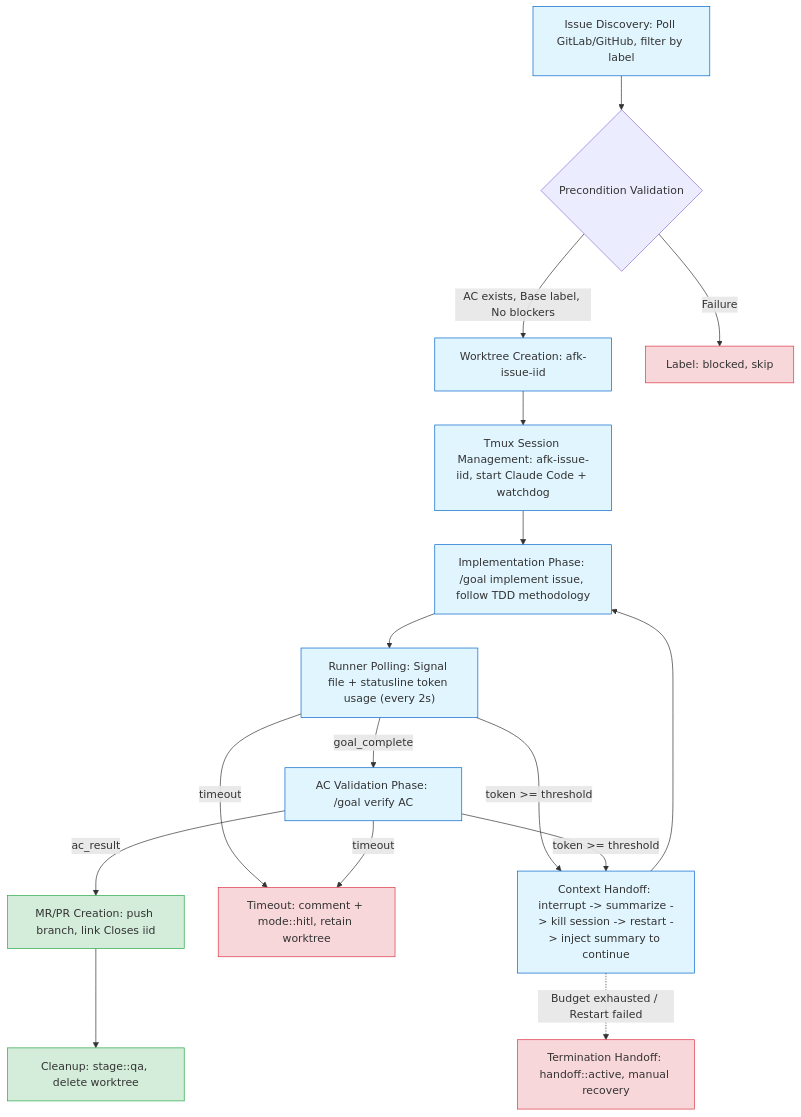
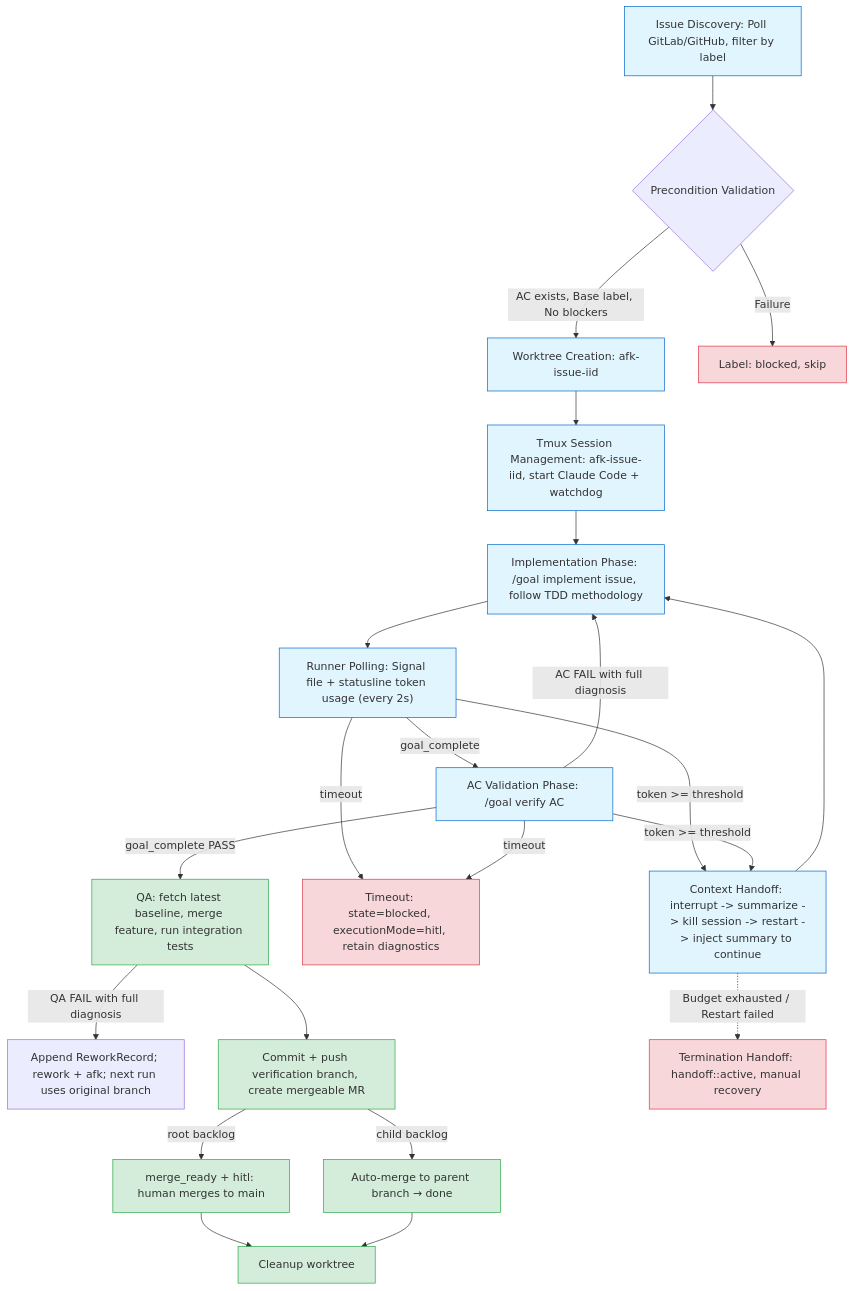
The first of 9 diagrams in docs/WORKFLOWS.md (easyhaloo/afk), drawn with Mermaid before and after one commit. The commit also changed other lines of this file and 32 other files, not shown here.

````diff
--- a/docs/WORKFLOWS.md
+++ b/docs/WORKFLOWS.md
@@ -60,31 +62,37 @@
 ```mermaid
 flowchart TD
     A["Issue Discovery: Poll GitLab/GitHub, filter by label"] --> B{"Precondition Validation"}
     B -->|"AC exists, Base label, No blockers"| C["Worktree Creation: afk-issue-iid"]
     B -->|Failure| Z1["Label: blocked, skip"]
 
     C --> D["Tmux Session Management: afk-issue-iid, start Claude Code + watchdog"]
     D --> E["Implementation Phase: /goal implement issue, follow TDD methodology"]
     E --> F["Runner Polling: Signal file + statusline token usage (every 2s)"]
 
     F -->|goal_complete| G["AC Validation Phase: /goal verify AC"]
     F -->|"token >= threshold"| H["Context Handoff: interrupt -> summarize -> kill session -> restart -> inject summary to continue"]
-    F -->|timeout| Z2["Timeout: comment + mode::hitl, retain worktree"]
+    F -->|timeout| Z2["Timeout: state=blocked, executionMode=hitl, retain diagnostics"]
 
-    G -->|ac_result| I["MR/PR Creation: push branch, link Closes iid"]
+    G -->|AC FAIL with full diagnosis| E
+    G -->|goal_complete PASS| I["QA: fetch latest baseline, merge feature, run integration tests"]
+    I -->|QA FAIL with full diagnosis| R["Append ReworkRecord; rework + afk; next run uses original branch"]
+    I --> J["Commit + push verification branch, create mergeable MR"]
+    J -->|root backlog| K["merge_ready + hitl: human merges to main"]
+    J -->|child backlog| L["Auto-merge to parent branch → done"]
     G -->|"token >= threshold"| H
     G -->|timeout| Z2
 
     H --> E
     H -.->|"Budget exhausted / Restart failed"| Z3["Termination Handoff: handoff::active, manual recovery"]
 
-    I --> J["Cleanup: stage::qa, delete worktree"]
+    K --> M["Cleanup worktree"]
+    L --> M
 
     classDef success fill:#d4edda,stroke:#28a745
     classDef fail fill:#f8d7da,stroke:#dc3545
     classDef process fill:#e1f5ff,stroke:#0066cc
 
-    class I,J success
+    class I,J,K,L,M success
     class Z1,Z2,Z3 fail
     class A,C,D,E,F,G,H process
 ```
````
